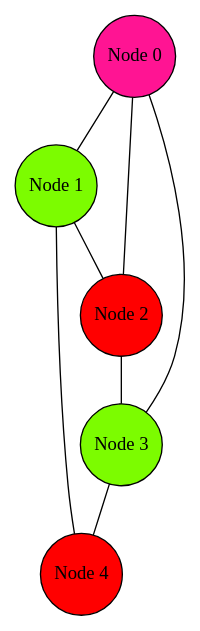
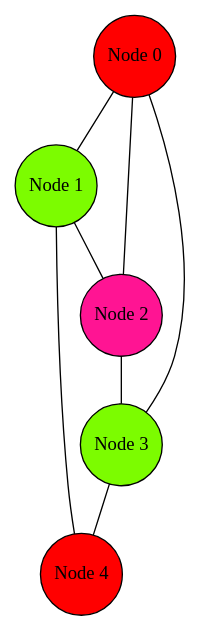
Before and after one commit to AlexanderSenchenko/Graph_coloring: the diagram in graph.gv, drawn with Graphviz. The commit also changed 1 other file, not shown here.

```diff
--- a/graph.gv
+++ b/graph.gv
@@ -1,18 +1,18 @@
 digraph HelloGraph {
 	node [shape="circle", style="filled", margin="0.01"];
 	edge [dir="none"];
 
-	"Node 0" [fillcolor="deeppink"]
+	"Node 0" [fillcolor="red"]
 	"Node 1" [fillcolor="lawngreen"]
-	"Node 2" [fillcolor="red"]
+	"Node 2" [fillcolor="deeppink"]
 	"Node 3" [fillcolor="lawngreen"]
 	"Node 4" [fillcolor="red"]
 
 	"Node 0" -> "Node 1";
 	"Node 0" -> "Node 2";
 	"Node 0" -> "Node 3";
 	"Node 1" -> "Node 2";
 	"Node 1" -> "Node 4";
 	"Node 2" -> "Node 3";
 	"Node 3" -> "Node 4";
 }
```
